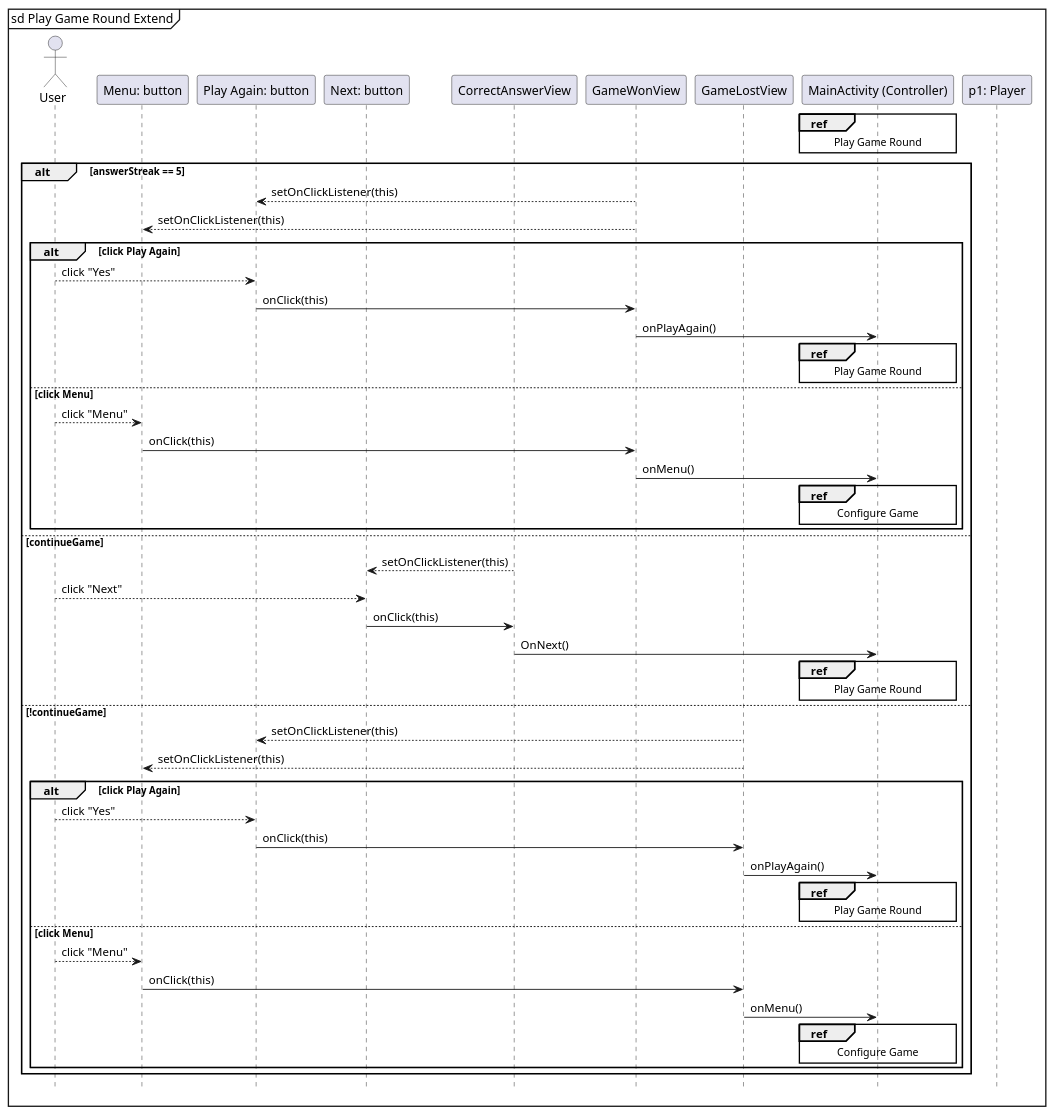
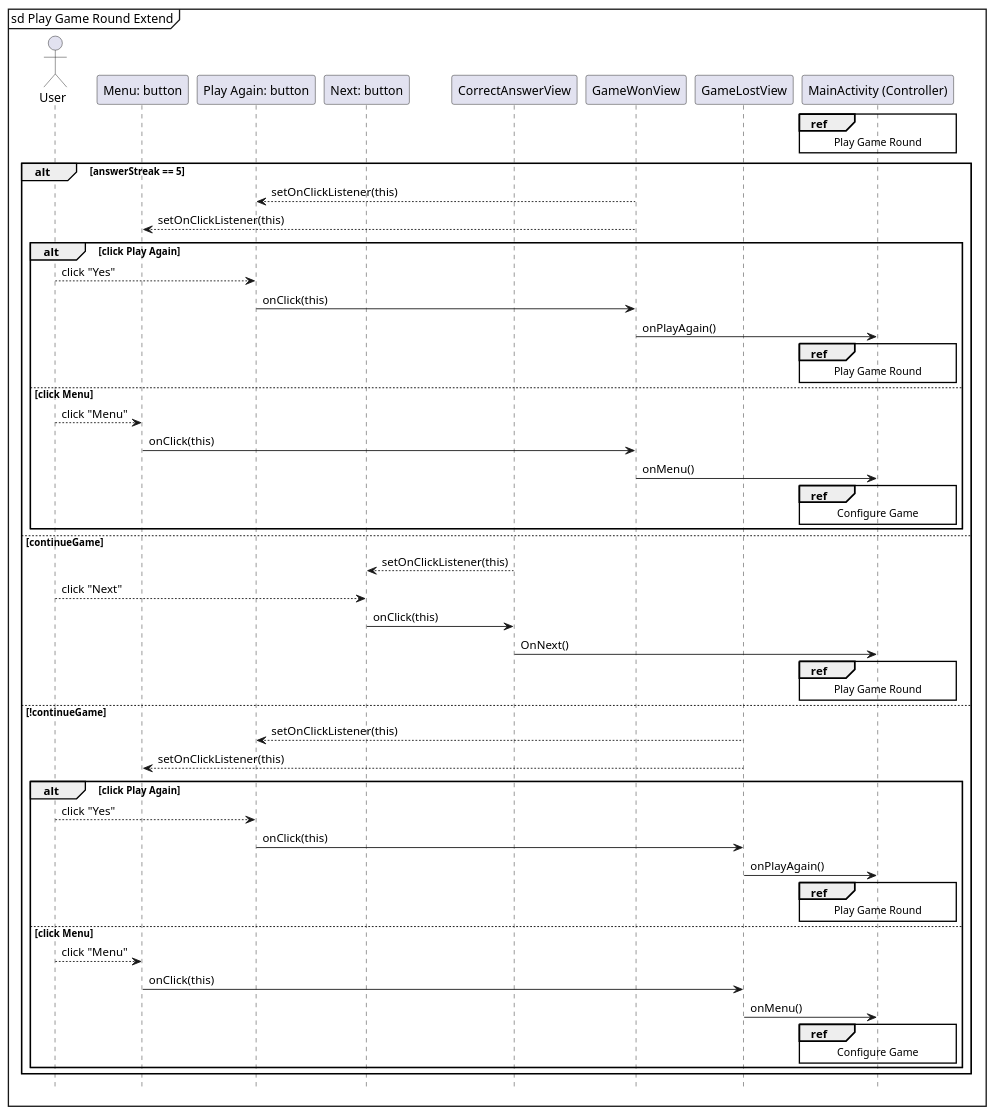
Before and after one commit to aczar09/Trivia-Game-Android: the third of 3 diagrams in android-studio-project/app/design.md, drawn with PlantUML.

Commit message:
Removed unecessary player from sequence diagram

````diff
--- a/android-studio-project/app/design.md
+++ b/android-studio-project/app/design.md
@@ -119,67 +119,66 @@
 ```plantuml
 @startuml
 hide footbox
 mainFrame sd Play Game Round Extend
 actor us as "User"
 participant MU as "Menu: button"
 participant PA as "Play Again: button"
 participant NB as "Next: button"
 participant RAV as "CorrectAnswerView"
 participant GWV as "GameWonView"
 participant GLV as "GameLostView"
 participant CLR as "MainActivity (Controller)"
-participant P1 as "p1: Player"
 
 
 ref over CLR
 Play Game Round
 end
 
 
 alt answerStreak == 5
 GWV --> PA: setOnClickListener(this)
 GWV --> MU: setOnClickListener(this)
 alt click Play Again
 us --> PA: click "Yes"
 PA -> GWV: onClick(this)
 GWV -> CLR: onPlayAgain()
 ref over CLR
 Play Game Round
 end
 else click Menu
 us --> MU: click "Menu"
 MU -> GWV: onClick(this)
 GWV -> CLR: onMenu()
 ref over CLR
 Configure Game
 end
 end
 else continueGame
 RAV --> NB: setOnClickListener(this)
 us --> NB: click "Next"
 NB -> RAV: onClick(this)
 RAV -> CLR: OnNext()
 ref over CLR
 Play Game Round
 end
 else !continueGame
 GLV --> PA: setOnClickListener(this)
 GLV --> MU: setOnClickListener(this)
 alt click Play Again
 us --> PA: click "Yes"
 PA -> GLV: onClick(this)
 GLV -> CLR: onPlayAgain()
 ref over CLR
 Play Game Round
 end
 else click Menu
 us --> MU: click "Menu"
 MU -> GLV: onClick(this)
 GLV -> CLR: onMenu()
 ref over CLR
 Configure Game
 end
 end
 end
 @enduml
 ```
````
